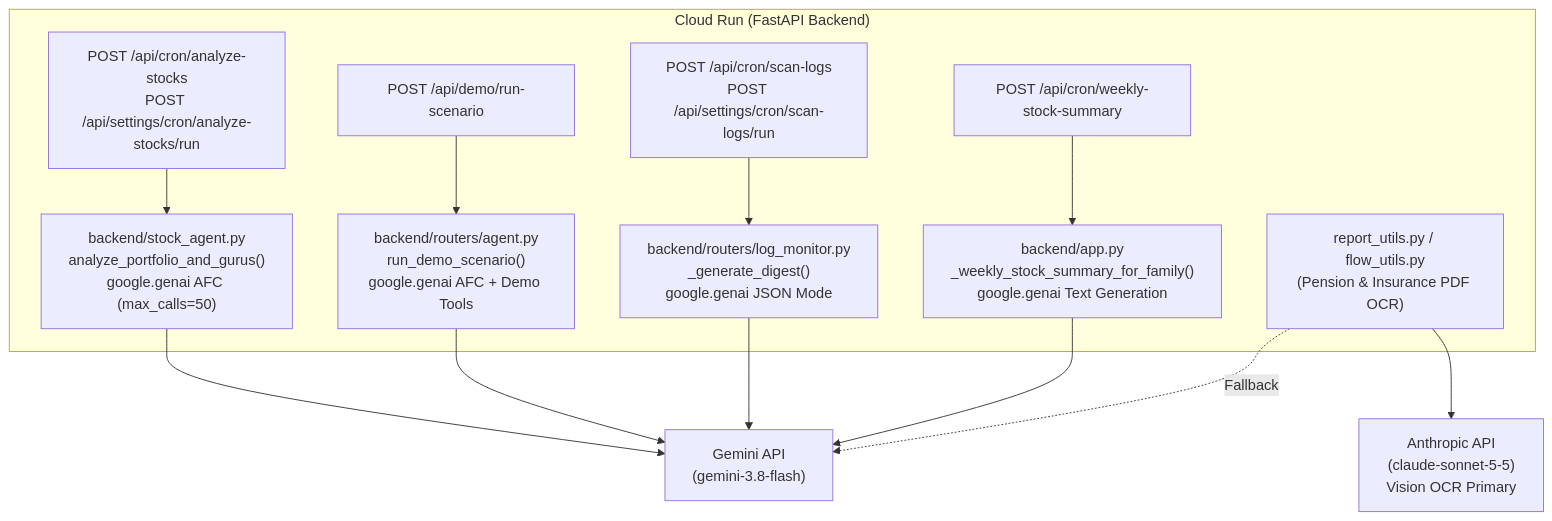
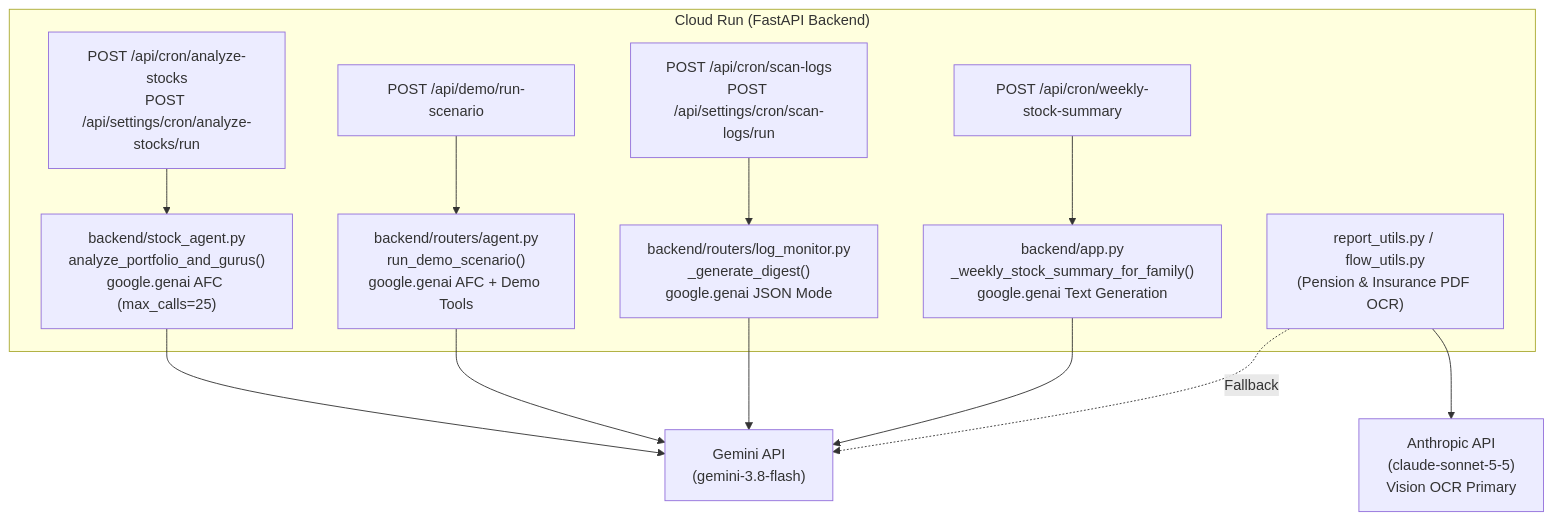
The diagram in docs/remove-langchain-and-model-upgrade.md (dudumrk2/ai-wealth-monitor), drawn with Mermaid before and after one commit. The commit also changed other lines of this file and 2 other files, not shown here.

Commit message:
chore(agent): add demo max_remote_calls check and fenced JSON digest test

````diff
--- a/docs/remove-langchain-and-model-upgrade.md
+++ b/docs/remove-langchain-and-model-upgrade.md
@@ -25,22 +25,22 @@
 ```mermaid
 flowchart TD
     subgraph CloudRun["Cloud Run (FastAPI Backend)"]
         CronStock["POST /api/cron/analyze-stocks<br/>POST /api/settings/cron/analyze-stocks/run"]
         DemoStock["POST /api/demo/run-scenario"]
         CronLogs["POST /api/cron/scan-logs<br/>POST /api/settings/cron/scan-logs/run"]
         CronWeekly["POST /api/cron/weekly-stock-summary"]
         OCR["report_utils.py / flow_utils.py<br/>(Pension & Insurance PDF OCR)"]
 
-        CronStock --> StockAgent["backend/stock_agent.py<br/>analyze_portfolio_and_gurus()<br/>google.genai AFC (max_calls=50)"]
+        CronStock --> StockAgent["backend/stock_agent.py<br/>analyze_portfolio_and_gurus()<br/>google.genai AFC (max_calls=25)"]
         DemoStock --> DemoRunner["backend/routers/agent.py<br/>run_demo_scenario()<br/>google.genai AFC + Demo Tools"]
         CronLogs --> LogMonitor["backend/routers/log_monitor.py<br/>_generate_digest()<br/>google.genai JSON Mode"]
         CronWeekly --> WeeklySummary["backend/app.py<br/>_weekly_stock_summary_for_family()<br/>google.genai Text Generation"]
     end
 
     StockAgent --> Gemini["Gemini API<br/>(gemini-3.8-flash)"]
     DemoRunner --> Gemini
     LogMonitor --> Gemini
     WeeklySummary --> Gemini
     OCR --> Claude["Anthropic API<br/>(claude-sonnet-5-5)<br/>Vision OCR Primary"]
     OCR -. "Fallback" .-> Gemini
 ```
````
